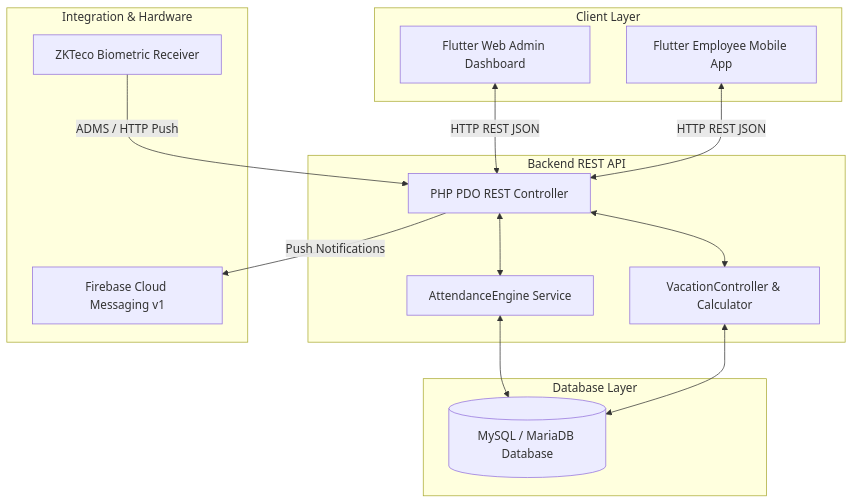
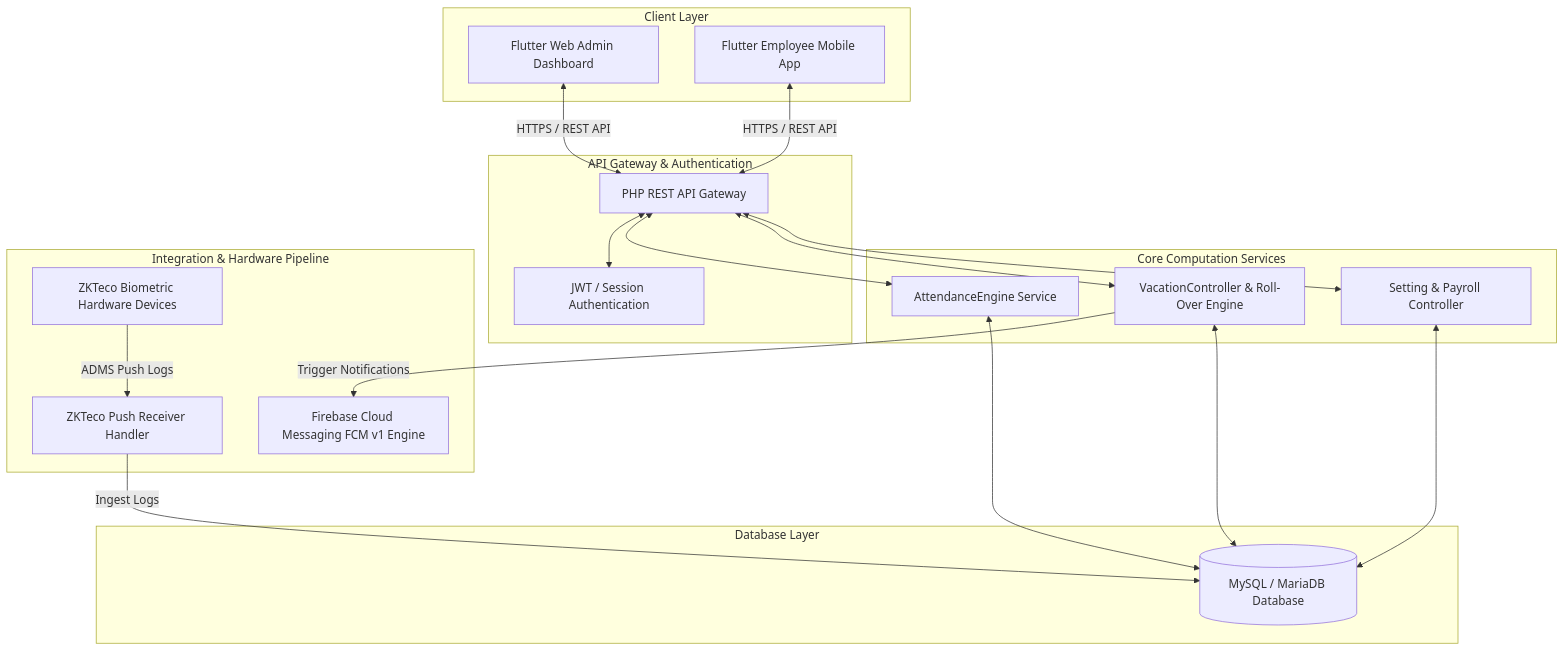
One commit to mohaba7ri/hadir_app changed the first of 5 diagrams in README.md. Above: the diagram before and after it, drawn with Mermaid. The commit also changed other lines of this file, not shown here.

Commit message:
docs: upgrade README.md with executive badges, sequence diagrams, and API routing documentation

````diff
--- a/README.md
+++ b/README.md
@@ -25,31 +37,41 @@
 ```mermaid
-graph TD
+graph TB
     subgraph Client Layer
         A[Flutter Web Admin Dashboard]
         B[Flutter Employee Mobile App]
     end
 
-    subgraph Backend REST API
-        C[PHP PDO REST Controller]
-        D[AttendanceEngine Service]
-        E[VacationController & Calculator]
+    subgraph API Gateway & Authentication
+        C[PHP REST API Gateway]
+        D[JWT / Session Authentication]
     end
 
-    subgraph Integration & Hardware
-        F[ZKTeco Biometric Receiver]
-        G[Firebase Cloud Messaging v1]
+    subgraph Core Computation Services
+        E[AttendanceEngine Service]
+        F[VacationController & Roll-Over Engine]
+        G[Setting & Payroll Controller]
+    end
+
+    subgraph Integration & Hardware Pipeline
+        H[ZKTeco Biometric Hardware Devices]
+        I[ZKTeco Push Receiver Handler]
+        J[Firebase Cloud Messaging FCM v1 Engine]
     end
 
     subgraph Database Layer
-        H[(MySQL / MariaDB Database)]
+        K[(MySQL / MariaDB Database)]
     end
 
-    A <-->|HTTP REST JSON| C
-    B <-->|HTTP REST JSON| C
-    F -->|ADMS / HTTP Push| C
+    A <-->|HTTPS / REST API| C
+    B <-->|HTTPS / REST API| C
+    H -->|ADMS Push Logs| I
+    I -->|Ingest Logs| K
     C <--> D
     C <--> E
-    D <--> H
-    E <--> H
-    C -->|Push Notifications| G
+    C <--> F
+    C <--> G
+    E <--> K
+    F <--> K
+    G <--> K
+    F -->|Trigger Notifications| J
 ```
````
